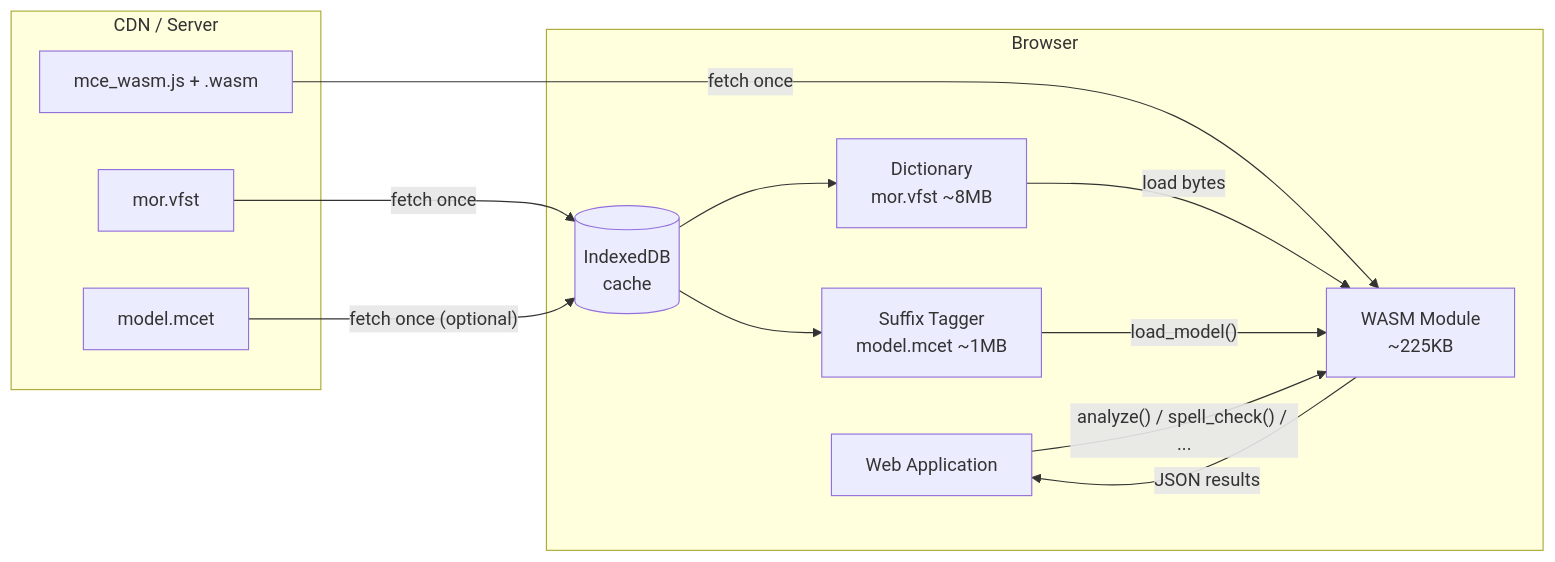
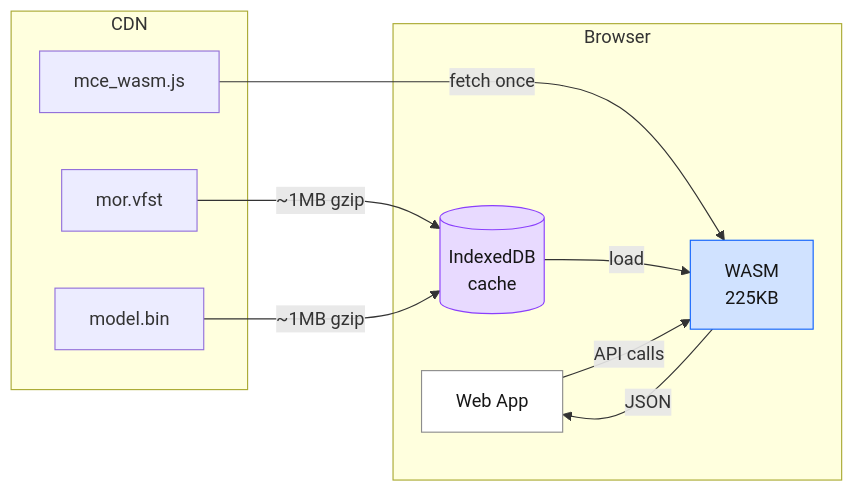
Before and after one commit to yongsk0066/mce: the third of 3 diagrams in ARCHITECTURE.md, drawn with Mermaid. The commit also changed other lines of this file and 1 other file, not shown here.

First line of the commit message:
docs: rewrite ARCHITECTURE.md — graph-first, natural flow, no bloat

````diff
--- a/ARCHITECTURE.md
+++ b/ARCHITECTURE.md
@@ -293,26 +132,25 @@
 ```mermaid
 flowchart LR
-    subgraph Browser
-        app[Web Application]
-        idb[(IndexedDB<br/>cache)]
-        wasm[WASM Module<br/>~225KB]
-        dict[Dictionary<br/>mor.vfst ~8MB]
-        model["Suffix Tagger<br/>model.mcet ~1MB"]
-    end
+  subgraph Browser
+    app["Web App"]
+    idb[("IndexedDB<br/>cache")]
+    wasm["WASM<br/>225KB"]
+  end
 
-    subgraph CDN / Server
-        cdn_wasm[mce_wasm.js + .wasm]
-        cdn_dict[mor.vfst]
-        cdn_model[model.mcet]
-    end
+  subgraph CDN
+    cdn_w["mce_wasm.js"]
+    cdn_d["mor.vfst"]
+    cdn_m["model.bin"]
+  end
 
-    cdn_wasm -->|"fetch once"| wasm
-    cdn_dict -->|"fetch once"| idb
-    cdn_model -->|"fetch once (optional)"| idb
-    idb --> dict
-    idb --> model
-    dict -->|"load bytes"| wasm
-    model -->|"load_model()"| wasm
-    app -->|"analyze() / spell_check() / ..."| wasm
-    wasm -->|"JSON results"| app
+  cdn_w -->|"fetch once"| wasm
+  cdn_d -->|"~1MB gzip"| idb
+  cdn_m -->|"~1MB gzip"| idb
+  idb -->|"load"| wasm
+  app -->|"API calls"| wasm
+  wasm -->|"JSON"| app
+
+  style app fill:#ffffff,color:#161616,stroke:#8d8d8d
+  style wasm fill:#d0e2ff,color:#161616,stroke:#0f62fe
+  style idb fill:#e8daff,color:#161616,stroke:#8a3ffc
 ```
````
